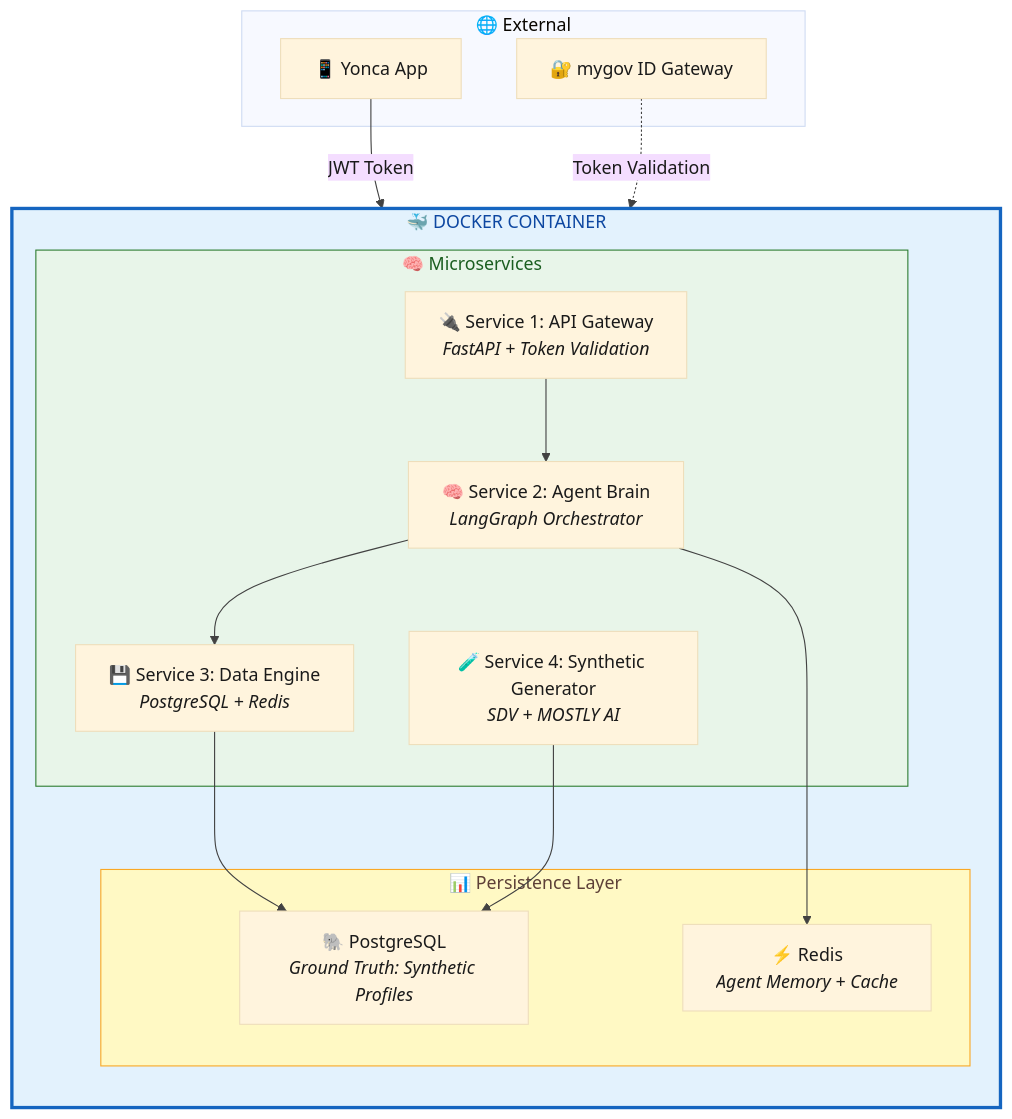
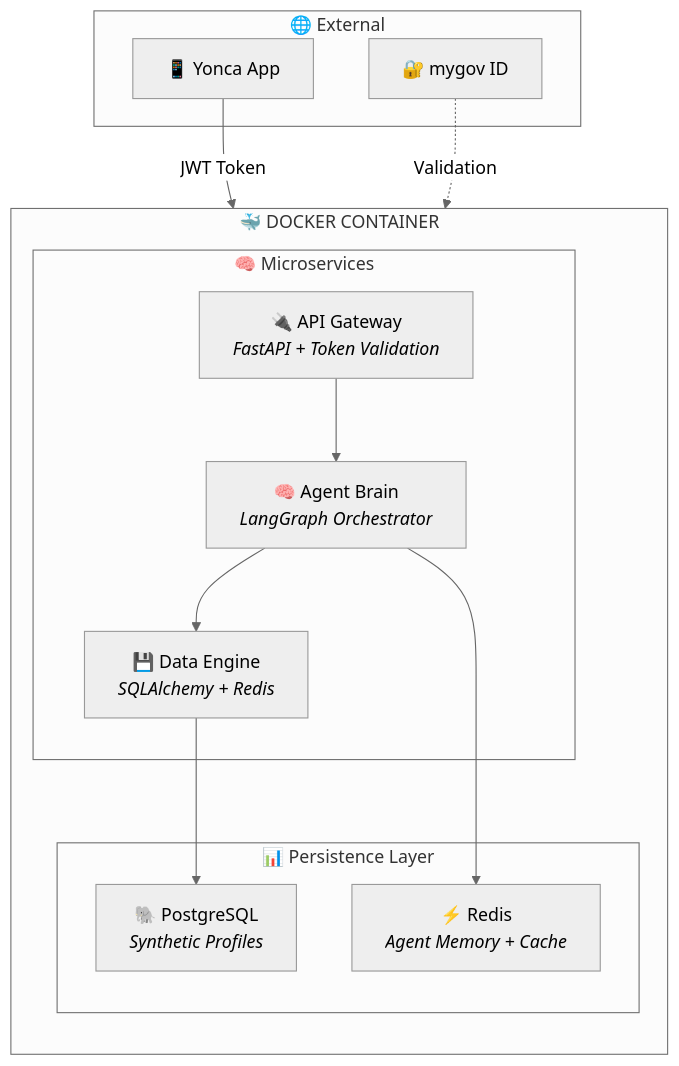
Before and after one commit to Px8Studio/yonja: the second of 25 diagrams in docs/zekalab/03-ARCHITECTURE.md, drawn with Mermaid. The commit also changed other lines of this file and 15 other files, not shown here.

````diff
--- a/docs/zekalab/03-ARCHITECTURE.md
+++ b/docs/zekalab/03-ARCHITECTURE.md
@@ -13,36 +50,30 @@
 ```mermaid
-%%{init: {'theme': 'base', 'themeVariables': { 'primaryTextColor': '#1a1a1a', 'lineColor': '#424242'}}}%%
+%%{init: {'theme': 'neutral'}}%%
 graph TB
     subgraph docker["🐳 DOCKER CONTAINER"]
         direction TB
         subgraph services["🧠 Microservices"]
-            api["🔌 Service 1: API Gateway<br/><i>FastAPI + Token Validation</i>"]
-            brain["🧠 Service 2: Agent Brain<br/><i>LangGraph Orchestrator</i>"]
-            data["💾 Service 3: Data Engine<br/><i>PostgreSQL + Redis</i>"]
-            syngen["🧪 Service 4: Synthetic Generator<br/><i>SDV + MOSTLY AI</i>"]
+            api["🔌 API Gateway<br/><i>FastAPI + Token Validation</i>"]
+            brain["🧠 Agent Brain<br/><i>LangGraph Orchestrator</i>"]
+            data["💾 Data Engine<br/><i>SQLAlchemy + Redis</i>"]
         end
         
         subgraph storage["📊 Persistence Layer"]
-            pg["🐘 PostgreSQL<br/><i>Ground Truth: Synthetic Profiles</i>"]
+            pg["🐘 PostgreSQL<br/><i>Synthetic Profiles</i>"]
             redis["⚡ Redis<br/><i>Agent Memory + Cache</i>"]
         end
         
         api --> brain
         brain --> data
         brain --> redis
         data --> pg
-        syngen --> pg
     end
     
     subgraph external["🌐 External"]
         yonca["📱 Yonca App"]
-        mygov["🔐 mygov ID Gateway"]
+        mygov["🔐 mygov ID"]
     end
     
     yonca -->|"JWT Token"| api
-    mygov -.->|"Token Validation"| api
-    
-    style docker fill:#e3f2fd,stroke:#1565c0,stroke-width:3px,color:#0d47a1
-    style services fill:#e8f5e9,stroke:#2e7d32,color:#1b5e20
-    style storage fill:#fff9c4,stroke:#f9a825,color:#5d4037
+    mygov -.->|"Validation"| api
 ```
````
